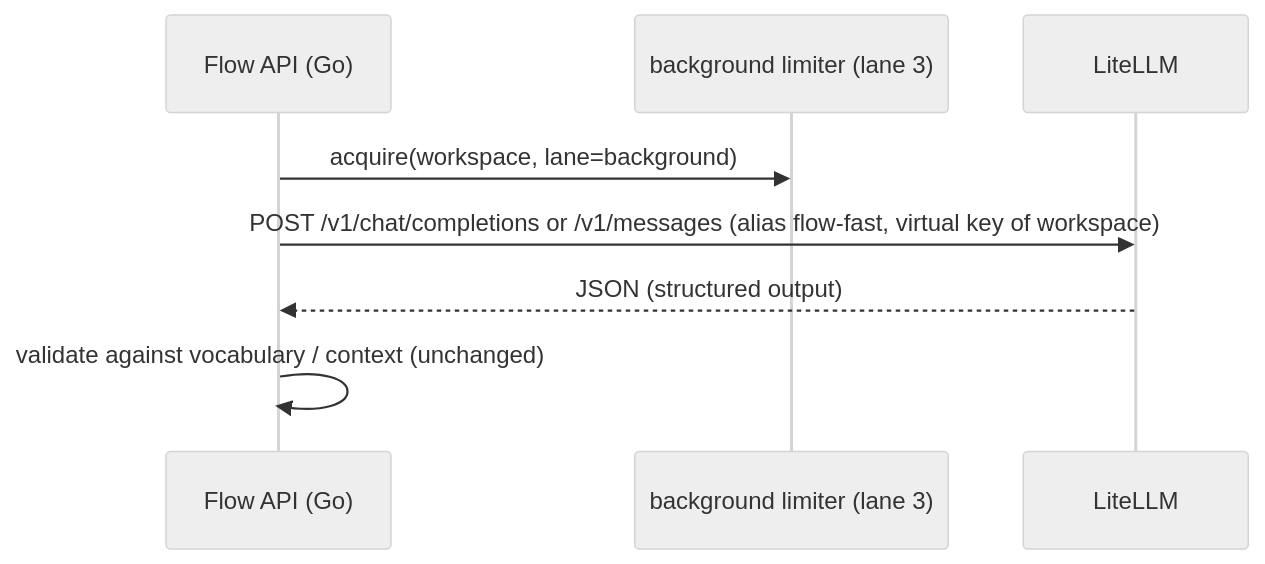
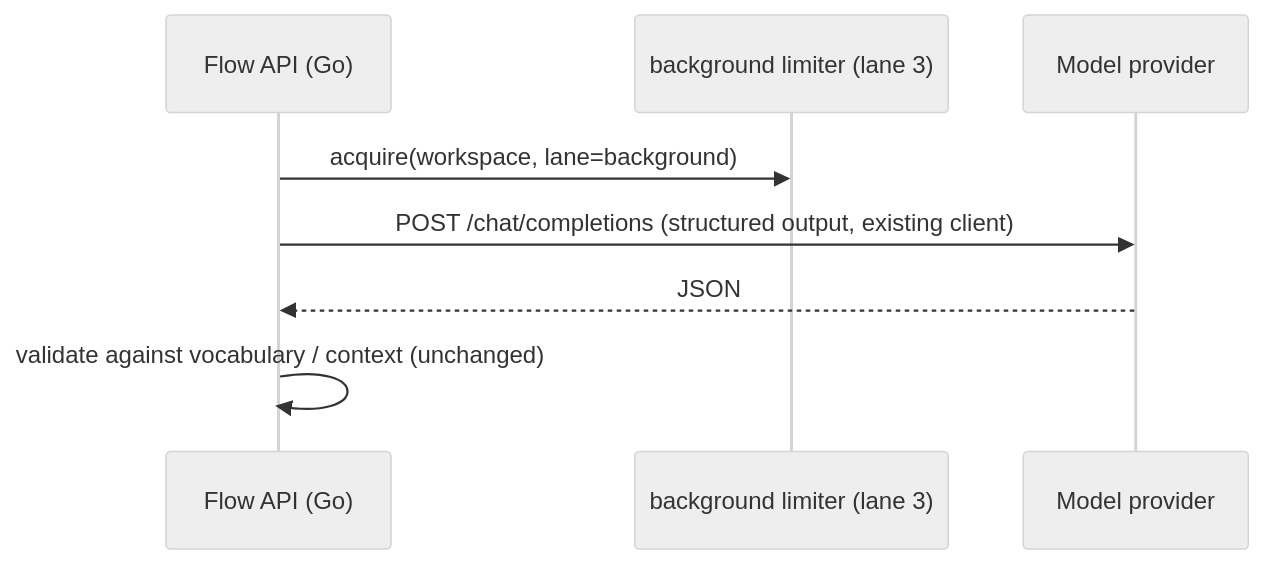
Before and after one commit to leozhengliu-pixel/flow: the fifth of 7 diagrams in docs/agent-runtime-design.md, drawn with Mermaid (neutral theme). The commit also changed other lines of this file and 32 other files, not shown here.

````diff
--- a/docs/agent-runtime-design.md
+++ b/docs/agent-runtime-design.md
@@ -321,10 +277,10 @@
 ```mermaid
 sequenceDiagram
   participant A as Flow API (Go)
   participant L as background limiter (lane 3)
-  participant G as LiteLLM
+  participant P as Model provider
   A->>L: acquire(workspace, lane=background)
-  A->>G: POST /v1/chat/completions or /v1/messages (alias flow-fast, virtual key of workspace)
-  G-->>A: JSON (structured output)
+  A->>P: POST /chat/completions (structured output, existing client)
+  P-->>A: JSON
   A->>A: validate against vocabulary / context (unchanged)
 ```
````
